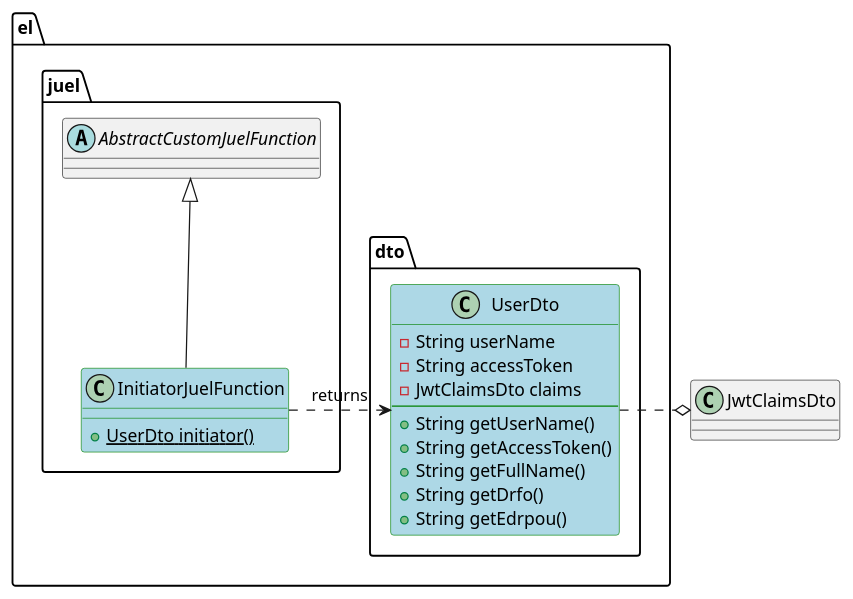
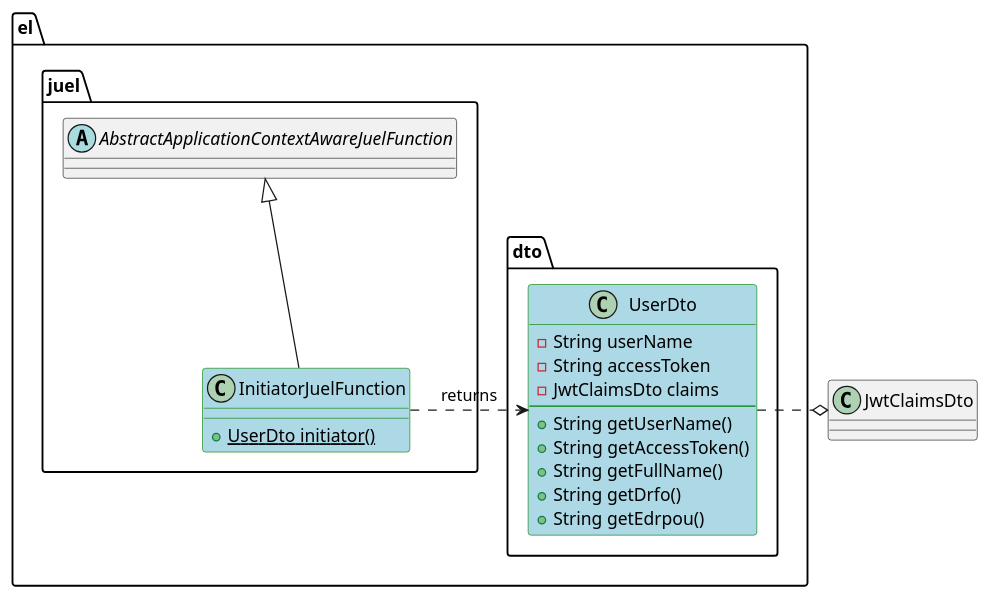
Before and after one commit to epam/edp-ddm-bpms: the second of 3 diagrams in docs/modules/bpms/pages/custom-juel-functions.adoc, drawn with PlantUML. The commit also changed other lines of this file and 1 other file, not shown here.

Commit message:
[MDTUDDM-6163] added couple getters and fixed doc

```diff
--- a/docs/modules/bpms/pages/custom-juel-functions.adoc
+++ b/docs/modules/bpms/pages/custom-juel-functions.adoc
@@ -107,29 +107,29 @@
 [plantuml,initiator-class,svg]
 ----
 @startuml
 package el {
   package juel {
-    abstract class AbstractCustomJuelFunction
-    class InitiatorJuelFunction #back:lightblue;line:green;text:black extends AbstractCustomJuelFunction {
+    abstract class AbstractApplicationContextAwareJuelFunction
+    class InitiatorJuelFunction #back:lightblue;line:green;text:black extends AbstractApplicationContextAwareJuelFunction {
       + {static} UserDto initiator()
     }
   }
   package dto {
     class UserDto #back:lightblue;line:green;text:black {
       - String userName
       - String accessToken
       - JwtClaimsDto claims
       --
       + String getUserName()
       + String getAccessToken()
       + String getFullName()
       + String getDrfo()
       + String getEdrpou()
     }
   }
-  AbstractCustomJuelFunction ..[hidden]> UserDto
+  AbstractApplicationContextAwareJuelFunction ..[hidden]> UserDto
   InitiatorJuelFunction .> UserDto : returns
 }
 UserDto .o JwtClaimsDto
 @enduml
 ----
```
